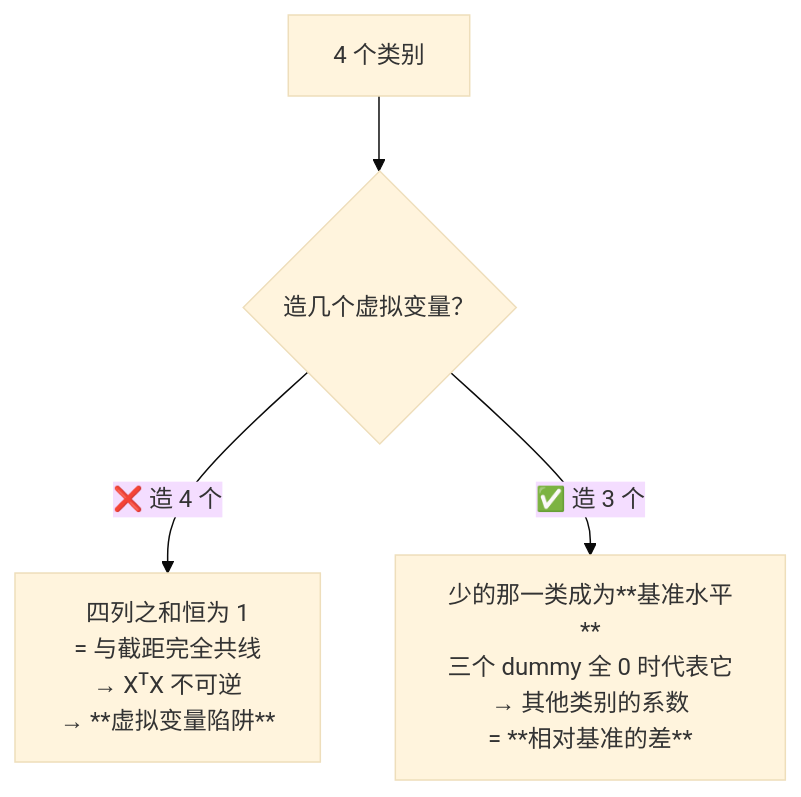
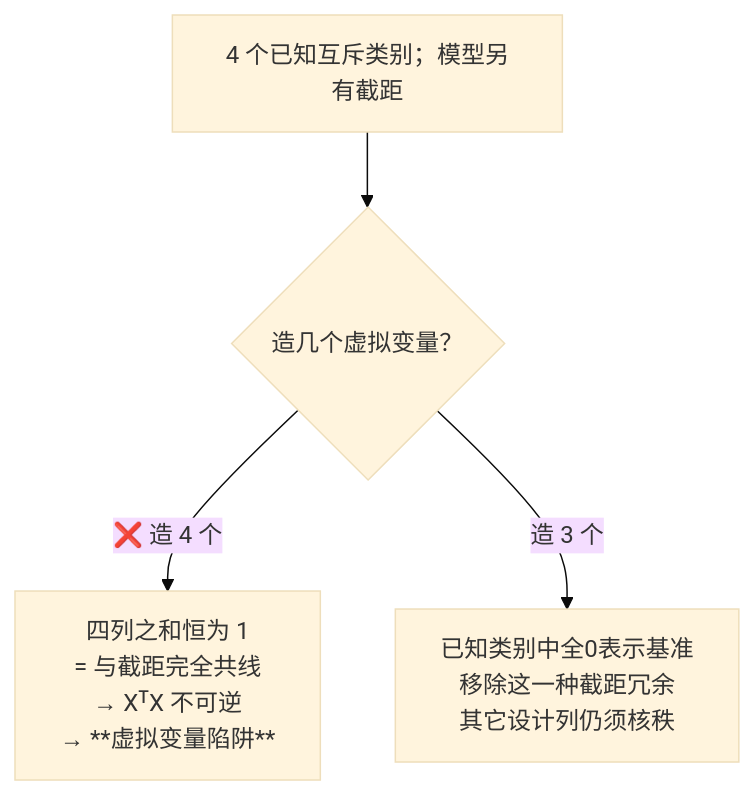
One commit to CercaTrovato/cityu-ai-course-notes changed the sixth of 21 diagrams in IS6400_Business_Data_Analytics/notes/M02-预测分析-线性回归.md. Above: the diagram before and after it, drawn with Mermaid (base theme). The commit also changed other lines of this file and 224 other files, not shown here.

First line of the commit message:
完善五门课图文可读性并更新仓库首页

````diff
--- a/IS6400_Business_Data_Analytics/notes/M02-预测分析-线性回归.md
+++ b/IS6400_Business_Data_Analytics/notes/M02-预测分析-线性回归.md
@@ -1303,6 +1459,6 @@
 ```mermaid
 flowchart TD
-    A["4 个类别"] --> B{"造几个虚拟变量？"}
+    A["4 个已知互斥类别；模型另有截距"] --> B{"造几个虚拟变量？"}
     B -->|"❌ 造 4 个"| C["四列之和恒为 1<br/>= 与截距完全共线<br/>→ XᵀX 不可逆<br/>→ **虚拟变量陷阱**"]
-    B -->|"✅ 造 3 个"| D["少的那一类成为**基准水平**<br/>三个 dummy 全 0 时代表它<br/>→ 其他类别的系数<br/>= **相对基准的差**"]
+    B -->|"造 3 个"| D["已知类别中全0表示基准<br/>移除这一种截距冗余<br/>其它设计列仍须核秩"]
 ```
````
